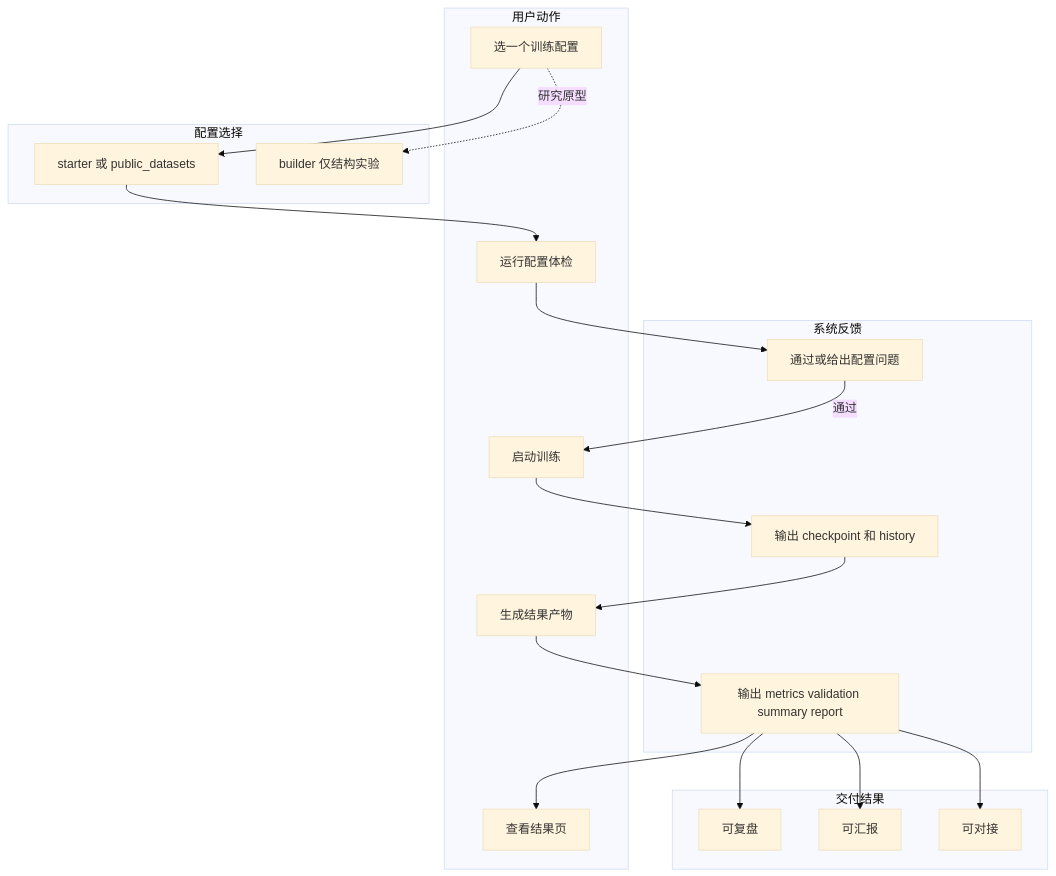
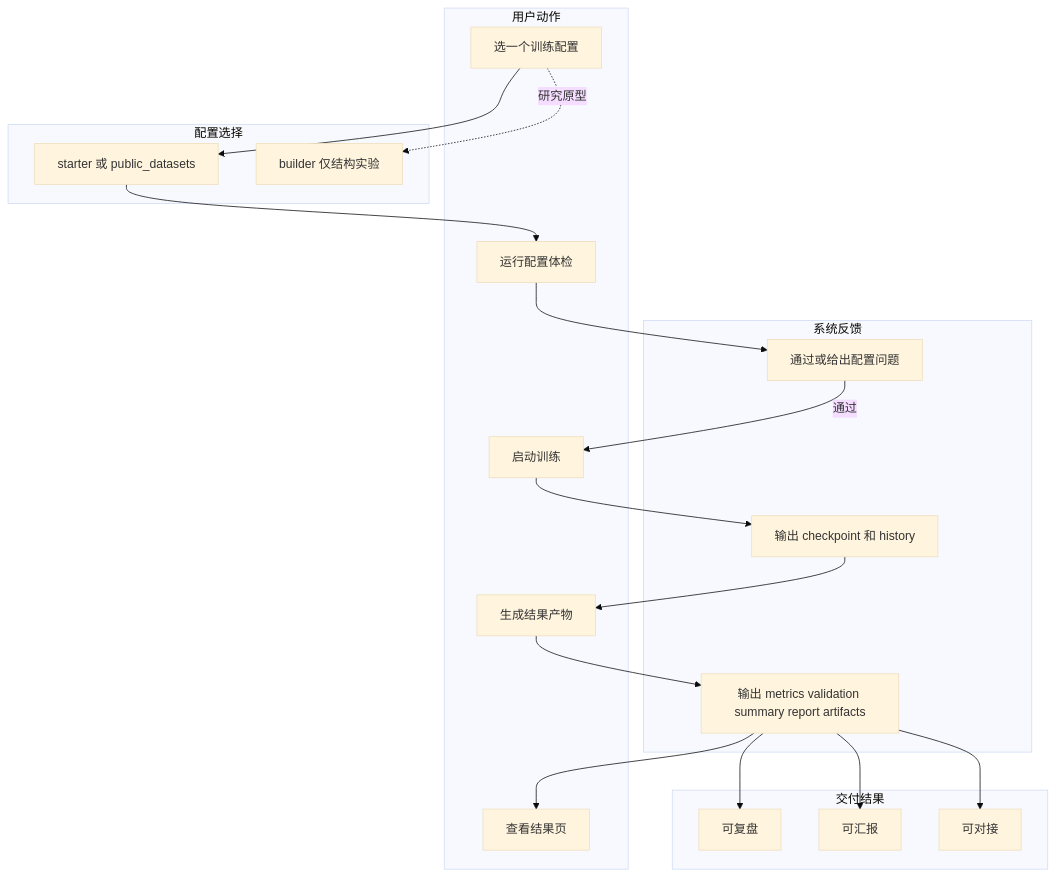
One commit to iridyne/medfusion changed the diagram in docs/contents/getting-started/cli-config-workflow.md. Above: the diagram before and after it, drawn with Mermaid (base theme). The commit also changed other lines of this file and 13 other files, not shown here.

````diff
--- a/docs/contents/getting-started/cli-config-workflow.md
+++ b/docs/contents/getting-started/cli-config-workflow.md
@@ -45,35 +45,35 @@
 ```mermaid
 flowchart TB
   subgraph U[用户动作]
     U1[选一个训练配置]
     U2[运行配置体检]
     U3[启动训练]
     U4[生成结果产物]
     U5[查看结果页]
   end
 
   subgraph S[系统反馈]
     S1[通过或给出配置问题]
     S2[输出 checkpoint 和 history]
-    S3[输出 metrics validation summary report]
+    S3[输出 metrics validation summary report artifacts]
   end
 
   subgraph C[配置选择]
     C1[starter 或 public_datasets]
     C2[builder 仅结构实验]
   end
 
   subgraph R[交付结果]
     R1[可复盘]
     R2[可汇报]
     R3[可对接]
   end
 
   U1 --> C1
   U1 -.研究原型.-> C2
   C1 --> U2 --> S1
   S1 -->|通过| U3 --> S2 --> U4 --> S3 --> U5
   S3 --> R1
   S3 --> R2
   S3 --> R3
 ```
````
